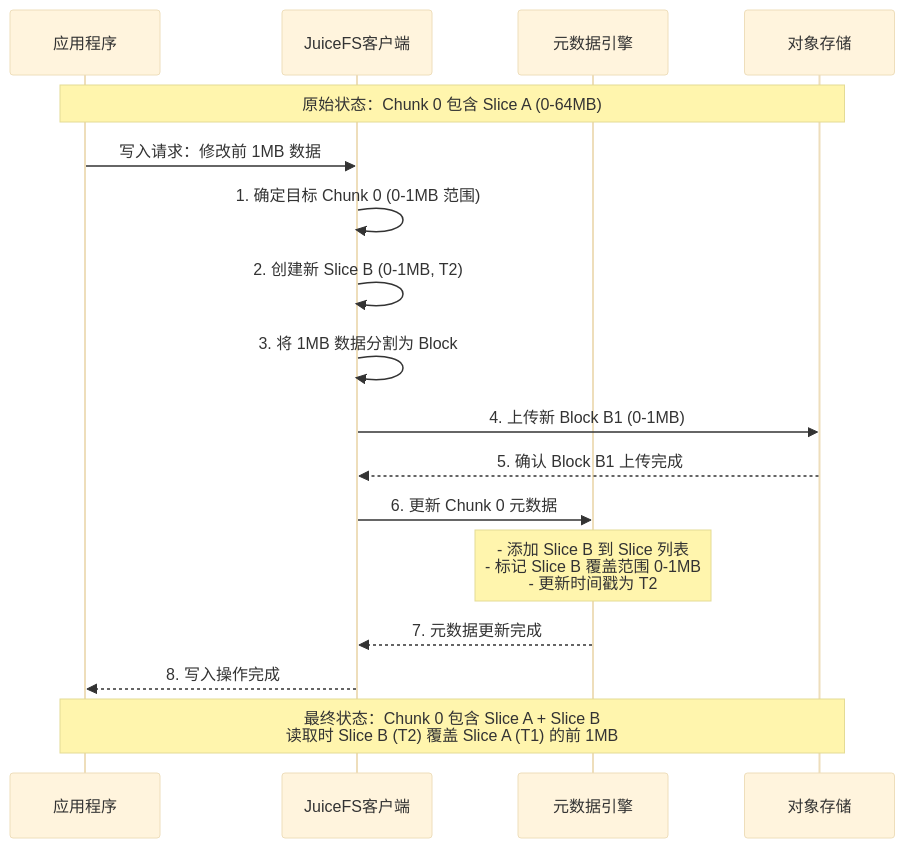
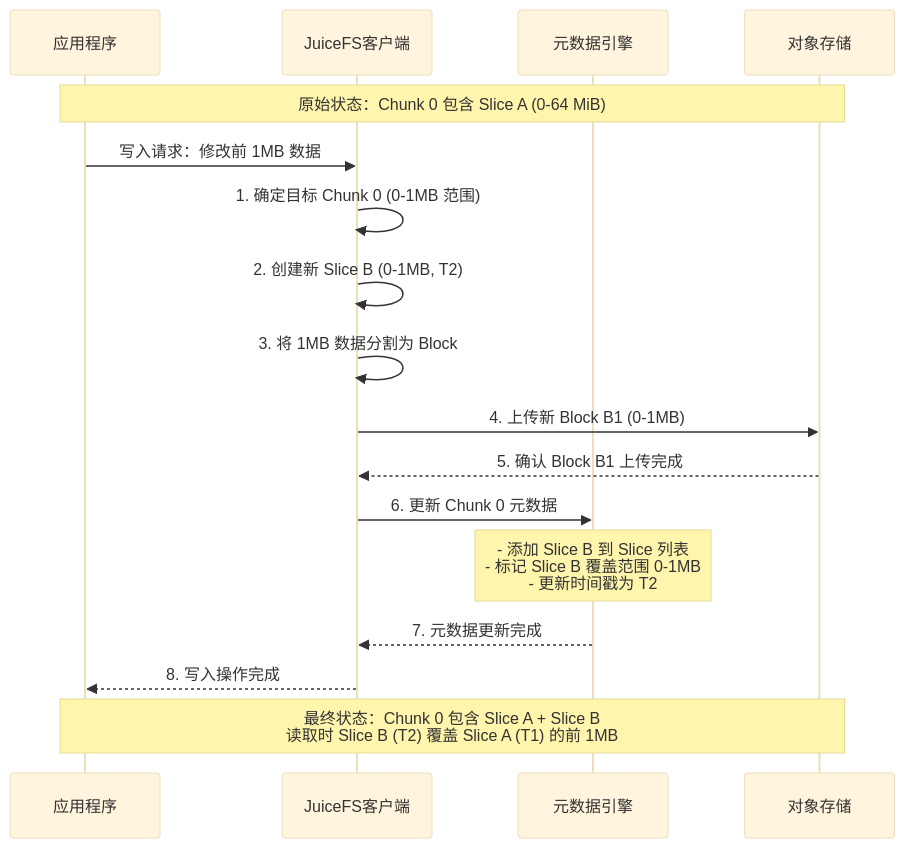
Before and after one commit to ForceInjection/AI-fundamentals: the fourth of 12 diagrams in 04_cloud_native_ai_platform/storage/juicefs/01_juicefs_file_modification_mechanism_analysis.md, drawn with Mermaid (base theme). The commit also changed other lines of this file and 26 other files, not shown here.

````diff
--- a/04_cloud_native_ai_platform/storage/juicefs/01_juicefs_file_modification_mechanism_analysis.md
+++ b/04_cloud_native_ai_platform/storage/juicefs/01_juicefs_file_modification_mechanism_analysis.md
@@ -273,22 +263,22 @@
 ```mermaid
 sequenceDiagram
     participant App as 应用程序
     participant JFS as JuiceFS客户端
     participant Meta as 元数据引擎
     participant Store as 对象存储
     
-    Note over App,Store: 原始状态：Chunk 0 包含 Slice A (0-64MB)
+    Note over App,Store: 原始状态：Chunk 0 包含 Slice A (0-64 MiB)
     
     App->>JFS: 写入请求：修改前 1MB 数据
     JFS->>JFS: 1. 确定目标 Chunk 0 (0-1MB 范围)
     JFS->>JFS: 2. 创建新 Slice B (0-1MB, T2)
     JFS->>JFS: 3. 将 1MB 数据分割为 Block
     JFS->>Store: 4. 上传新 Block B1 (0-1MB)
     Store-->>JFS: 5. 确认 Block B1 上传完成
     JFS->>Meta: 6. 更新 Chunk 0 元数据
     Note over Meta: - 添加 Slice B 到 Slice 列表<br/>- 标记 Slice B 覆盖范围 0-1MB<br/>- 更新时间戳为 T2
     Meta-->>JFS: 7. 元数据更新完成
     JFS-->>App: 8. 写入操作完成
     
     Note over App,Store: 最终状态：Chunk 0 包含 Slice A + Slice B<br/>读取时 Slice B (T2) 覆盖 Slice A (T1) 的前 1MB
 ```
````
